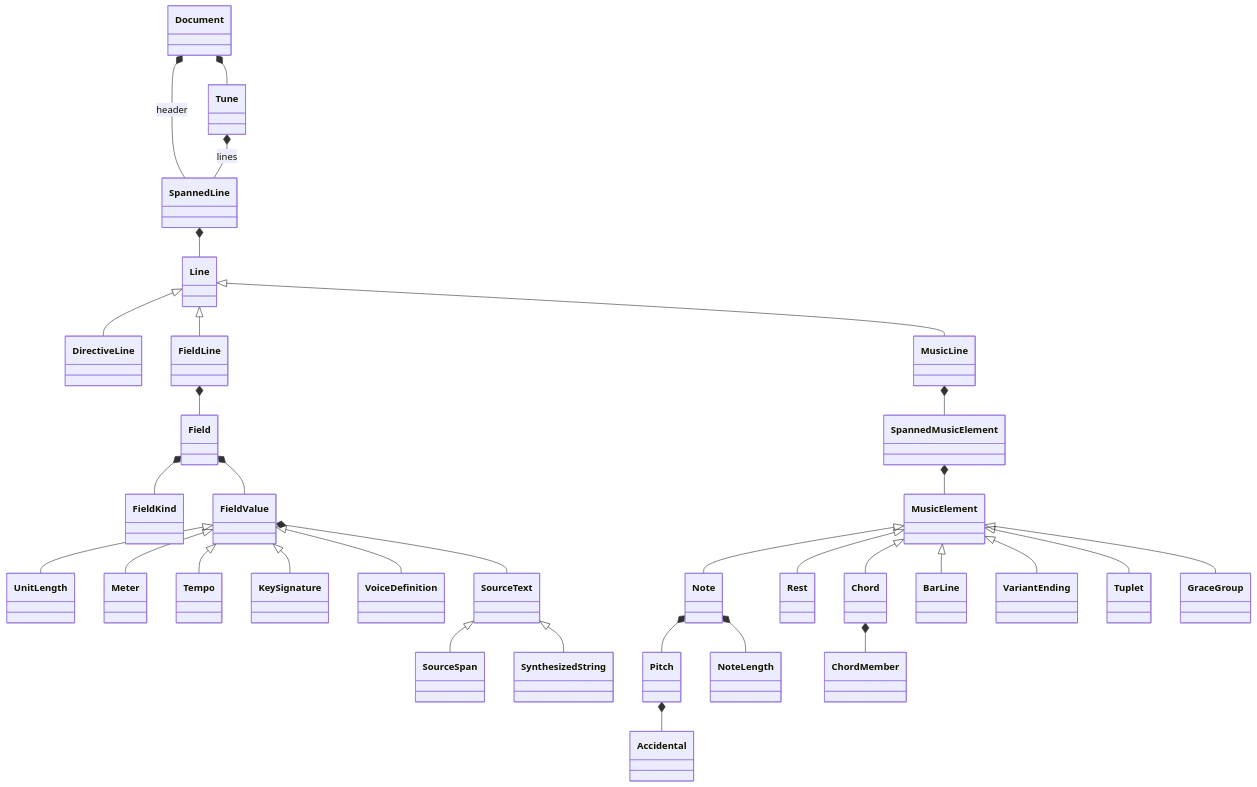
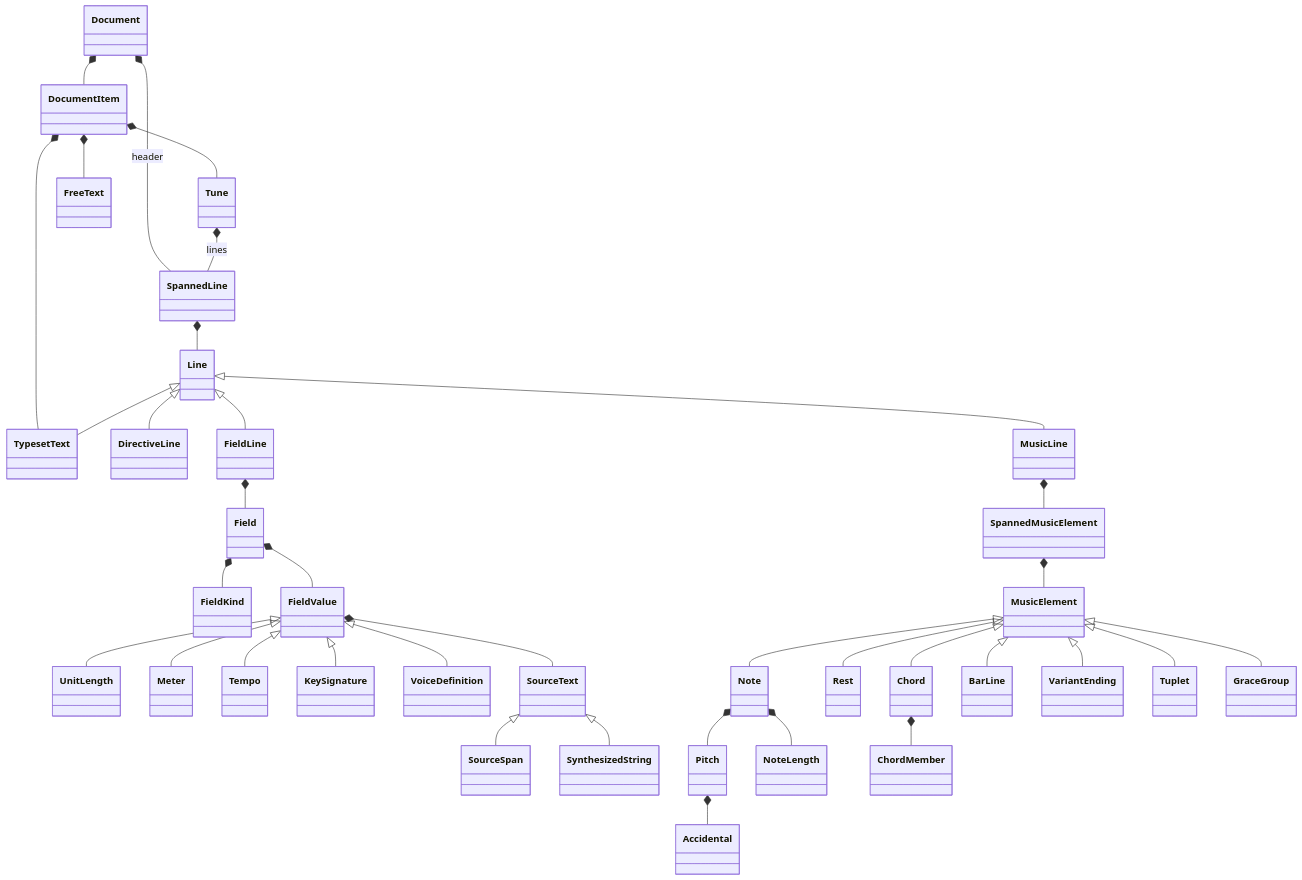
One commit to mauricebarnum/abc-parser changed the fourth of 4 diagrams in docs/architecture.md. Above: the diagram before and after it, drawn with Mermaid. The commit also changed other lines of this file and 9 other files, not shown here.

First line of the commit message:
Parse free and typeset text as ordered document items

````diff
--- a/docs/architecture.md
+++ b/docs/architecture.md
@@ -192,34 +220,38 @@
 ```mermaid
 classDiagram
-    Document *-- Tune
+    Document *-- DocumentItem
+    DocumentItem *-- Tune
+    DocumentItem *-- FreeText
+    DocumentItem *-- TypesetText
     Document *-- SpannedLine : header
     Tune *-- SpannedLine : lines
     SpannedLine *-- Line
     Line <|-- DirectiveLine
     Line <|-- FieldLine
     Line <|-- MusicLine
+    Line <|-- TypesetText
     FieldLine *-- Field
     Field *-- FieldKind
     Field *-- FieldValue
     FieldValue <|-- UnitLength
     FieldValue <|-- Meter
     FieldValue <|-- Tempo
     FieldValue <|-- KeySignature
     FieldValue <|-- VoiceDefinition
     SourceText <|-- SourceSpan
     SourceText <|-- SynthesizedString
     FieldValue *-- SourceText
     MusicLine *-- SpannedMusicElement
     SpannedMusicElement *-- MusicElement
     MusicElement <|-- Note
     MusicElement <|-- Rest
     MusicElement <|-- Chord
     MusicElement <|-- BarLine
     MusicElement <|-- VariantEnding
     MusicElement <|-- Tuplet
     MusicElement <|-- GraceGroup
     Note *-- Pitch
     Note *-- NoteLength
     Pitch *-- Accidental
     Chord *-- ChordMember
 ```
````
